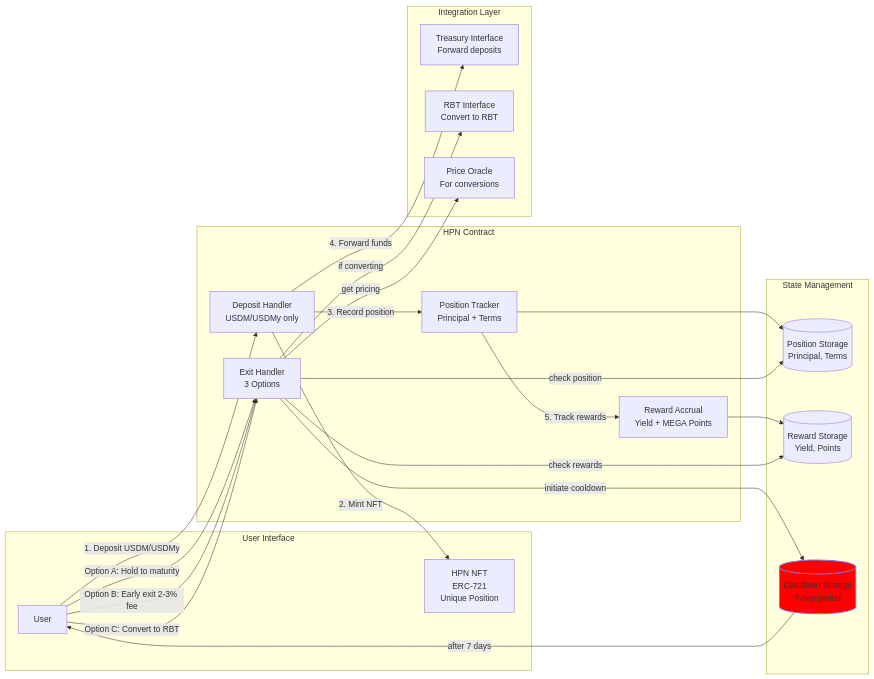
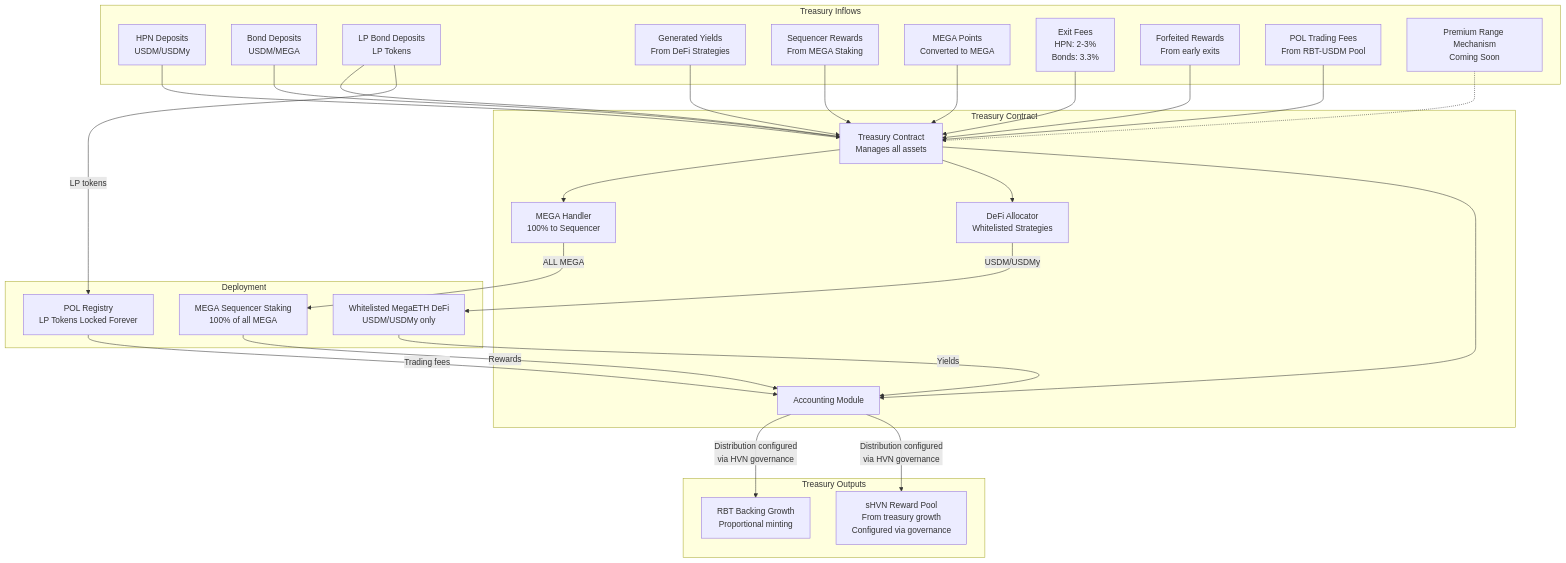
The third of 7 diagrams in blackhaven-architecture-diagrams.md (0xJaehaerys/ohmega), drawn with Mermaid before and after one commit. The commit also changed other lines of this file, not shown here.

First line of the commit message:
Align architecture diagrams with updated spec

````diff
--- a/blackhaven-architecture-diagrams.md
+++ b/blackhaven-architecture-diagrams.md
@@ -283,51 +107,59 @@
 ```mermaid
-graph LR
-    subgraph "User Interface"
-        USER[User]
-        NFT[HPN NFT<br/>ERC-721<br/>Unique Position]
+graph TD
+    subgraph "Treasury Inflows"
+        HPN_DEPOSITS[HPN Deposits<br/>USDM/USDMy]
+        BOND_DEPOSITS[Bond Deposits<br/>USDM/MEGA]
+        LP_BOND_DEPOSITS[LP Bond Deposits<br/>LP Tokens]
+        YIELD[Generated Yields<br/>From DeFi Strategies]
+        SEQUENCER_REWARDS[Sequencer Rewards<br/>From MEGA Staking]
+        MEGA_POINTS[MEGA Points<br/>Converted to MEGA]
+        EXIT_FEES[Exit Fees<br/>HPN: 2-3%<br/>Bonds: 3.3%]
+        FORFEITED[Forfeited Rewards<br/>From early exits]
+        POL_FEES[POL Trading Fees<br/>From RBT-USDM Pool]
+        PRM[Premium Range Mechanism<br/>Coming Soon]
     end
     
-    subgraph "HPN Contract"
-        DEPOSIT_HANDLER[Deposit Handler<br/>USDM/USDMy only]
-        POSITION_TRACKER[Position Tracker<br/>Principal + Terms]
-        REWARD_ACCRUAL[Reward Accrual<br/>Yield + MEGA Points]
-        EXIT_HANDLER[Exit Handler<br/>3 Options]
+    subgraph "Treasury Contract"
+        TREASURY[Treasury Contract<br/>Manages all assets]
+        MEGA_HANDLER[MEGA Handler<br/>100% to Sequencer]
+        DEFI_ALLOCATOR[DeFi Allocator<br/>Whitelisted Strategies]
+        ACCOUNTING[Accounting Module]
     end
     
-    subgraph "State Management"
-        POSITIONS[(Position Storage<br/>Principal, Terms)]
-        REWARDS[(Reward Storage<br/>Yield, Points)]
-        COOLDOWNS[(Cooldown Storage<br/>7-day period)]
+    subgraph "Deployment"
+        SEQUENCER[MEGA Sequencer Staking<br/>100% of all MEGA]
+        DEFI_STRATEGIES[Whitelisted MegaETH DeFi<br/>USDM/USDMy only]
+        POL_REGISTRY[POL Registry<br/>LP Tokens Locked Forever]
     end
     
-    subgraph "Integration Layer"
-        TREASURY_INT[Treasury Interface<br/>Forward deposits]
-        RBT_INT[RBT Interface<br/>Convert to RBT]
-        ORACLE[Price Oracle<br/>For conversions]
+    subgraph "Treasury Outputs"
+        RBT_BACKING[RBT Backing Growth<br/>Proportional minting]
+        SHVN_REWARDS[sHVN Reward Pool<br/>From treasury growth<br/>Configured via governance]
     end
     
-    USER -->|1. Deposit USDM/USDMy| DEPOSIT_HANDLER
-    DEPOSIT_HANDLER -->|2. Mint NFT| NFT
-    DEPOSIT_HANDLER -->|3. Record position| POSITION_TRACKER
-    POSITION_TRACKER --> POSITIONS
+    HPN_DEPOSITS --> TREASURY
+    BOND_DEPOSITS --> TREASURY
+    LP_BOND_DEPOSITS --> TREASURY
+    YIELD --> TREASURY
+    SEQUENCER_REWARDS --> TREASURY
+    MEGA_POINTS --> TREASURY
+    EXIT_FEES --> TREASURY
+    FORFEITED --> TREASURY
+    POL_FEES --> TREASURY
+    PRM -.-> TREASURY
     
-    DEPOSIT_HANDLER -->|4. Forward funds| TREASURY_INT
+    TREASURY --> MEGA_HANDLER
+    TREASURY --> DEFI_ALLOCATOR
+    TREASURY --> ACCOUNTING
     
-    POSITION_TRACKER -->|5. Track rewards| REWARD_ACCRUAL
-    REWARD_ACCRUAL --> REWARDS
+    MEGA_HANDLER -->|ALL MEGA| SEQUENCER
+    DEFI_ALLOCATOR -->|USDM/USDMy| DEFI_STRATEGIES
+    LP_BOND_DEPOSITS -->|LP tokens| POL_REGISTRY
     
-    USER -->|Option A: Hold to maturity| EXIT_HANDLER
-    USER -->|Option B: Early exit 2-3% fee| EXIT_HANDLER
-    USER -->|Option C: Convert to RBT| EXIT_HANDLER
+    SEQUENCER -->|Rewards| ACCOUNTING
+    DEFI_STRATEGIES -->|Yields| ACCOUNTING
+    POL_REGISTRY -->|Trading fees| ACCOUNTING
     
-    EXIT_HANDLER -->|check position| POSITIONS
-    EXIT_HANDLER -->|check rewards| REWARDS
-    EXIT_HANDLER -->|initiate cooldown| COOLDOWNS
-    
-    EXIT_HANDLER -->|if converting| RBT_INT
-    EXIT_HANDLER -->|get pricing| ORACLE
-    
-    COOLDOWNS -->|after 7 days| USER
-    
-    style COOLDOWNS fill:#f00,stroke-width:2px
+    ACCOUNTING -->|Distribution configured<br/>via HVN governance| RBT_BACKING
+    ACCOUNTING -->|Distribution configured<br/>via HVN governance| SHVN_REWARDS
 ```
````
